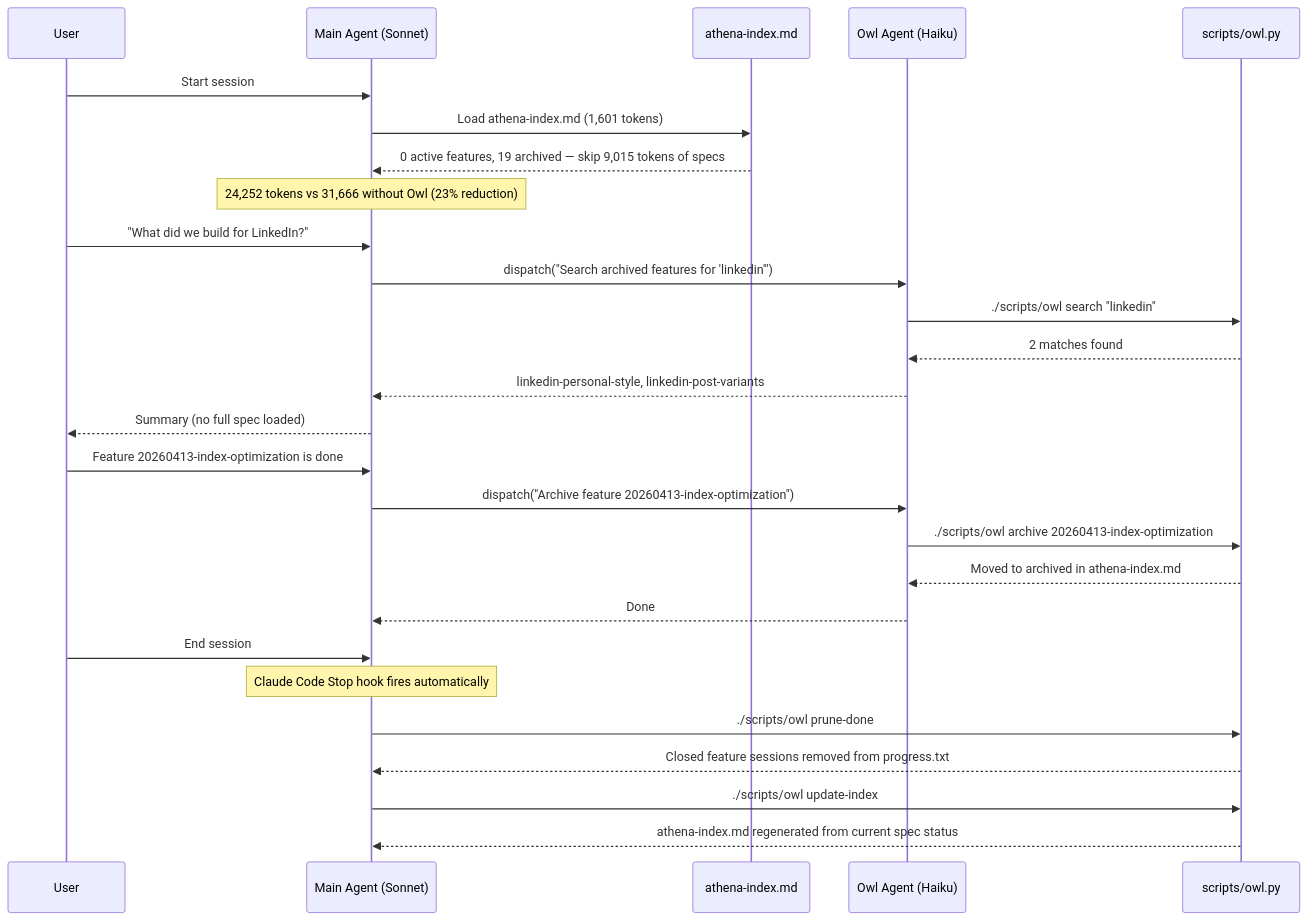
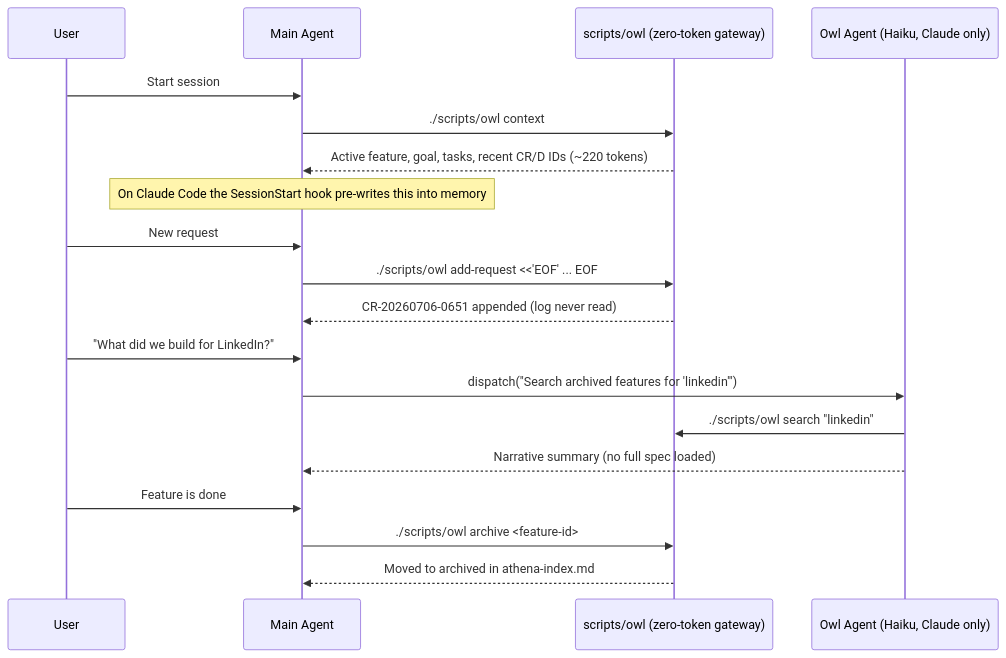
Before and after one commit to taylorparsons/athena-skill: the first of 3 diagrams in README.md, drawn with Mermaid. The commit also changed other lines of this file and 9 other files, not shown here.

````diff
--- a/README.md
+++ b/README.md
@@ -239,33 +240,25 @@
 ```mermaid
 sequenceDiagram
     participant U as User
-    participant M as Main Agent (Sonnet)
-    participant I as athena-index.md
-    participant O as Owl Agent (Haiku)
-    participant S as scripts/owl.py
+    participant M as Main Agent
+    participant S as scripts/owl (zero-token gateway)
+    participant O as Owl Agent (Haiku, Claude only)
 
     U->>M: Start session
-    M->>I: Load athena-index.md (1,601 tokens)
-    I-->>M: 0 active features, 19 archived — skip 9,015 tokens of specs
-    Note over M: 24,252 tokens vs 31,666 without Owl (23% reduction)
+    M->>S: ./scripts/owl context
+    S-->>M: Active feature, goal, tasks, recent CR/D IDs (~220 tokens)
+    Note over M: On Claude Code the SessionStart hook pre-writes this into memory
+
+    U->>M: New request
+    M->>S: ./scripts/owl add-request <<'EOF' ... EOF
+    S-->>M: CR-20260706-0651 appended (log never read)
 
     U->>M: "What did we build for LinkedIn?"
     M->>O: dispatch("Search archived features for 'linkedin'")
     O->>S: ./scripts/owl search "linkedin"
-    S-->>O: 2 matches found
-    O-->>M: linkedin-personal-style, linkedin-post-variants
-    M-->>U: Summary (no full spec loaded)
+    O-->>M: Narrative summary (no full spec loaded)
 
-    U->>M: Feature 20260413-index-optimization is done
-    M->>O: dispatch("Archive feature 20260413-index-optimization")
-    O->>S: ./scripts/owl archive 20260413-index-optimization
-    S-->>O: Moved to archived in athena-index.md
-    O-->>M: Done
-
-    U->>M: End session
-    Note over M: Claude Code Stop hook fires automatically
-    M->>S: ./scripts/owl prune-done
-    S-->>M: Closed feature sessions removed from progress.txt
-    M->>S: ./scripts/owl update-index
-    S-->>M: athena-index.md regenerated from current spec status
+    U->>M: Feature is done
+    M->>S: ./scripts/owl archive <feature-id>
+    S-->>M: Moved to archived in athena-index.md
 ```
````
